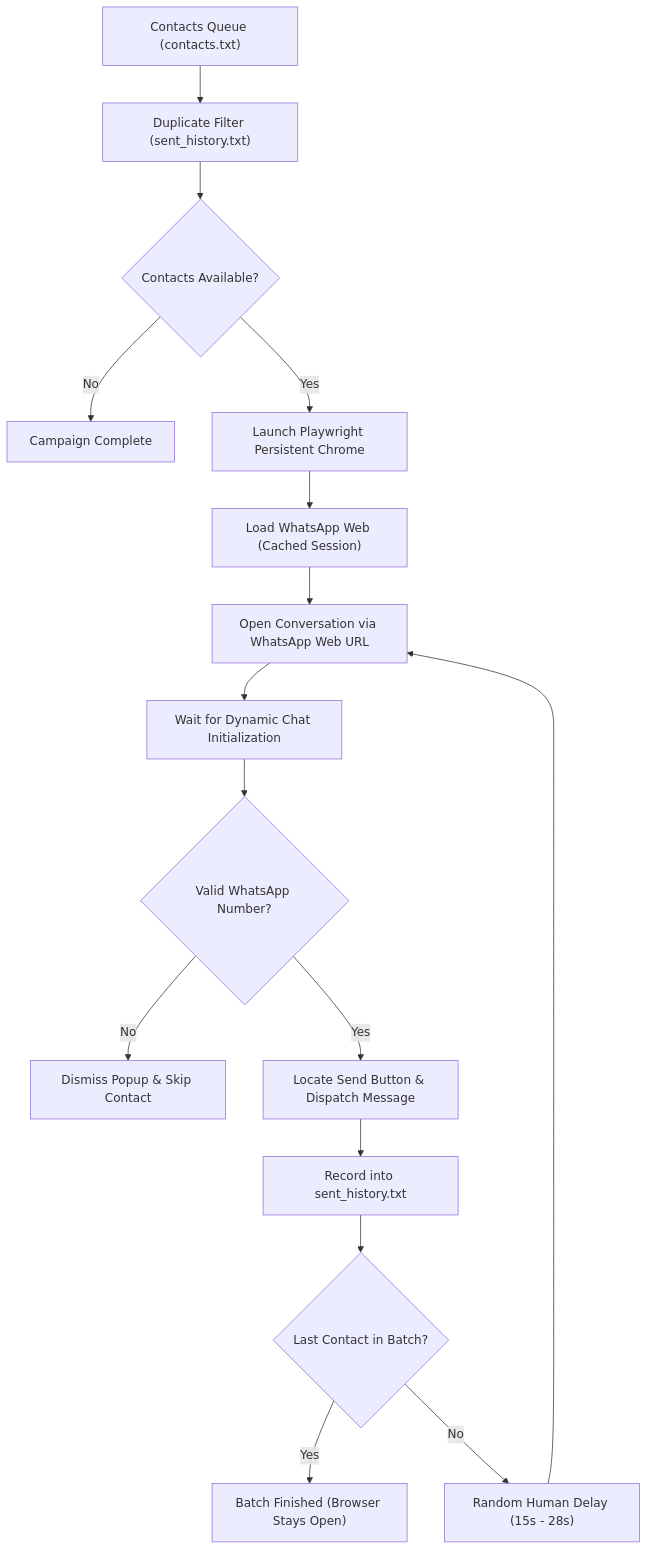
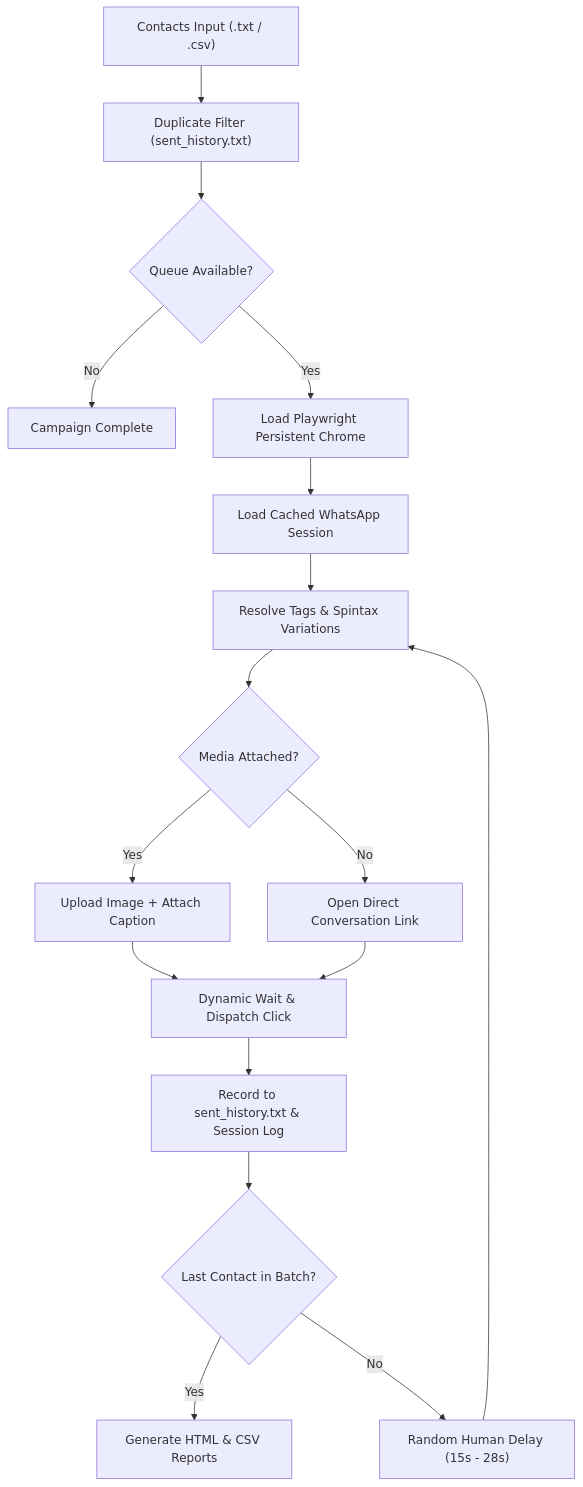
The diagram in README.md (sadmandied/whatsapp-outreach-engine), drawn with Mermaid before and after one commit. The commit also changed other lines of this file and 16 other files, not shown here.

Commit message:
feat: add responsive desktop GUI, persistent Chrome CDP automation, Spintax, and analytics reporting

````diff
--- a/README.md
+++ b/README.md
@@ -31,18 +46,19 @@
 ```mermaid
 flowchart TD
-    A["Contacts Queue (contacts.txt)"] --> B["Duplicate Filter (sent_history.txt)"]
-    B --> C{"Contacts Available?"}
+    A["Contacts Input (.txt / .csv)"] --> B["Duplicate Filter (sent_history.txt)"]
+    B --> C{"Queue Available?"}
     C -- No --> D["Campaign Complete"]
-    C -- Yes --> E["Launch Playwright Persistent Chrome"]
-    E --> F["Load WhatsApp Web (Cached Session)"]
-    F --> G["Open Conversation via WhatsApp Web URL"]
-    G --> H["Wait for Dynamic Chat Initialization"]
-    H --> I{"Valid WhatsApp Number?"}
-    I -- No --> J["Dismiss Popup & Skip Contact"]
-    I -- Yes --> K["Locate Send Button & Dispatch Message"]
-    K --> L["Record into sent_history.txt"]
+    C -- Yes --> E["Load Playwright Persistent Chrome"]
+    E --> F["Load Cached WhatsApp Session"]
+    F --> G["Resolve Tags & Spintax Variations"]
+    G --> H{"Media Attached?"}
+    H -- Yes --> I["Upload Image + Attach Caption"]
+    H -- No --> J["Open Direct Conversation Link"]
+    I --> K["Dynamic Wait & Dispatch Click"]
+    J --> K
+    K --> L["Record to sent_history.txt & Session Log"]
     L --> M{"Last Contact in Batch?"}
-    M -- Yes --> N["Batch Finished (Browser Stays Open)"]
+    M -- Yes --> N["Generate HTML & CSV Reports"]
     M -- No --> O["Random Human Delay (15s - 28s)"]
     O --> G
 ```
````
